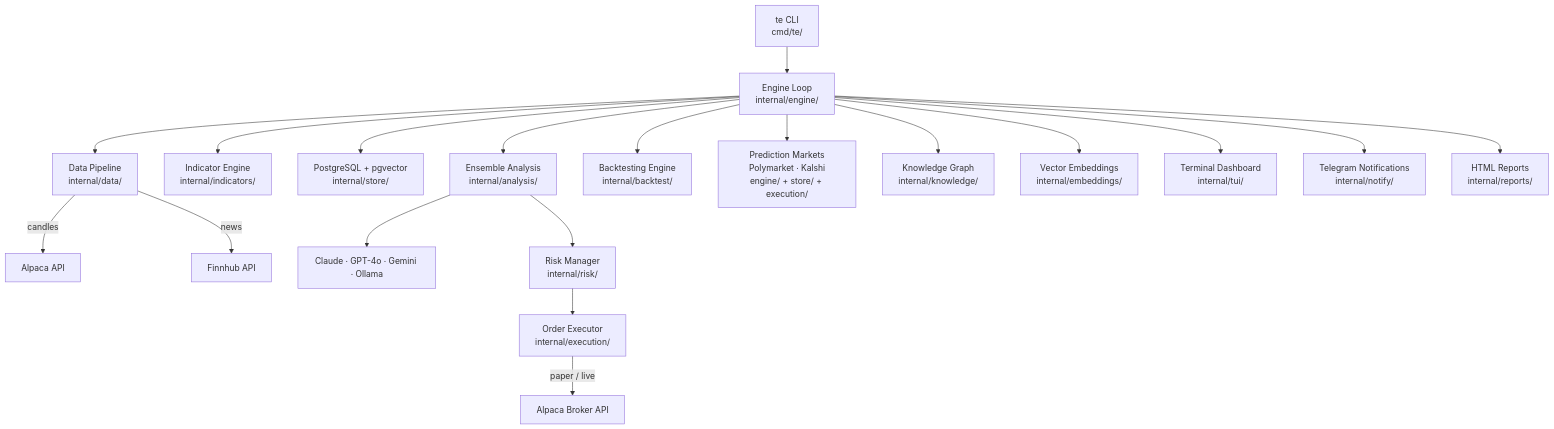
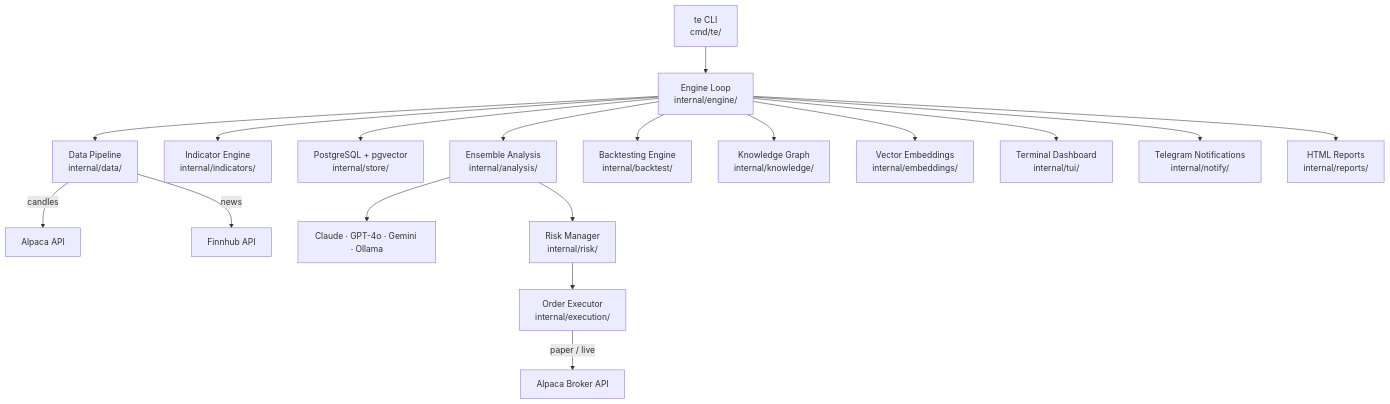
The diagram in README.md (romeo-folie/trade-engine), drawn with Mermaid before and after one commit. The commit also changed other lines of this file and 33 other files, not shown here.

````diff
--- a/README.md
+++ b/README.md
@@ -9,21 +11,20 @@
 ```mermaid
 graph TD
     CLI[te CLI<br/>cmd/te/] --> Engine[Engine Loop<br/>internal/engine/]
     Engine --> DataPipeline[Data Pipeline<br/>internal/data/]
     DataPipeline -->|candles| Alpaca[Alpaca API]
     DataPipeline -->|news| Finnhub[Finnhub API]
     Engine --> Indicators[Indicator Engine<br/>internal/indicators/]
     Engine --> Store[PostgreSQL + pgvector<br/>internal/store/]
     Engine --> Analysis[Ensemble Analysis<br/>internal/analysis/]
     Analysis --> LLM[Claude · GPT-4o · Gemini · Ollama]
     Analysis --> Risk[Risk Manager<br/>internal/risk/]
     Risk --> Executor[Order Executor<br/>internal/execution/]
     Executor -->|paper / live| AlpacaBroker[Alpaca Broker API]
     Engine --> Backtest[Backtesting Engine<br/>internal/backtest/]
-    Engine --> Predictions[Prediction Markets<br/>Polymarket · Kalshi<br/>engine/ + store/ + execution/]
     Engine --> Knowledge[Knowledge Graph<br/>internal/knowledge/]
     Engine --> Embeddings[Vector Embeddings<br/>internal/embeddings/]
     Engine --> TUI[Terminal Dashboard<br/>internal/tui/]
     Engine --> Notify[Telegram Notifications<br/>internal/notify/]
     Engine --> Reports[HTML Reports<br/>internal/reports/]
 ```
````
